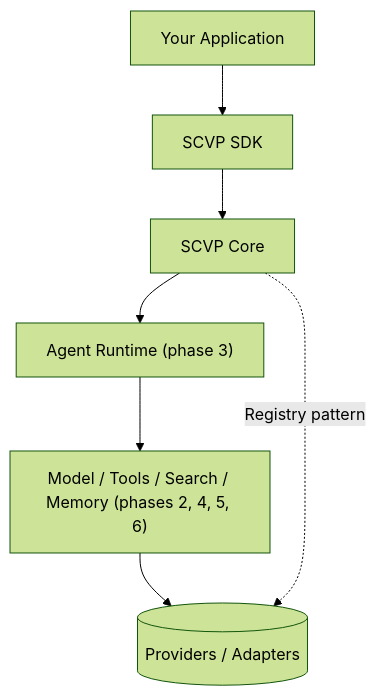
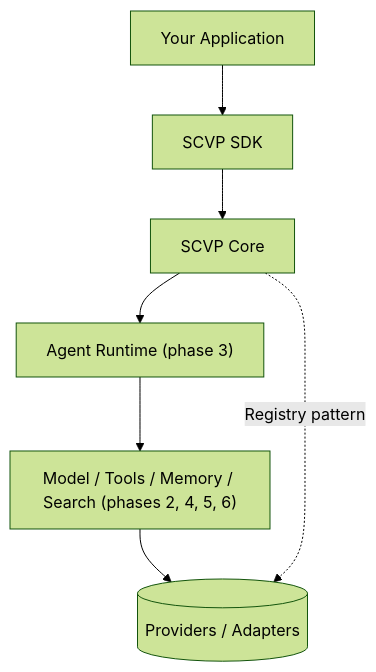
The diagram in README.md (sovereignempirex-ux/svcp), drawn with Mermaid (forest theme) before and after one commit. The commit also changed other lines of this file and 27 other files, not shown here.

````diff
--- a/README.md
+++ b/README.md
@@ -67,9 +67,9 @@
 ```mermaid
 flowchart TB
     App[Your Application] --> SDK[SCVP SDK]
     SDK --> Core[SCVP Core]
     Core --> Runtime["Agent Runtime (phase 3)"]
-    Runtime --> MTS["Model / Tools / Search / Memory (phases 2, 4, 5, 6)"]
+    Runtime --> MTS["Model / Tools / Memory / Search (phases 2, 4, 5, 6)"]
     MTS --> Providers[(Providers / Adapters)]
     Core -.->|Registry pattern| Providers
 ```
````
